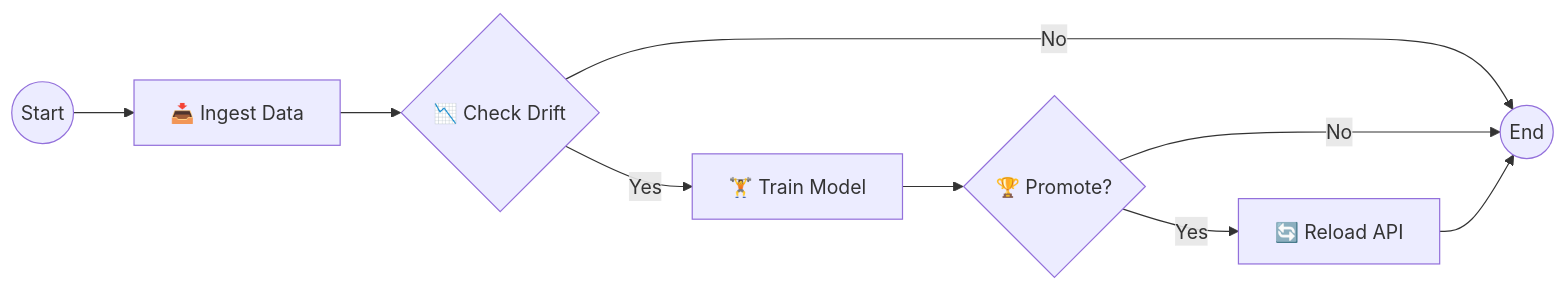
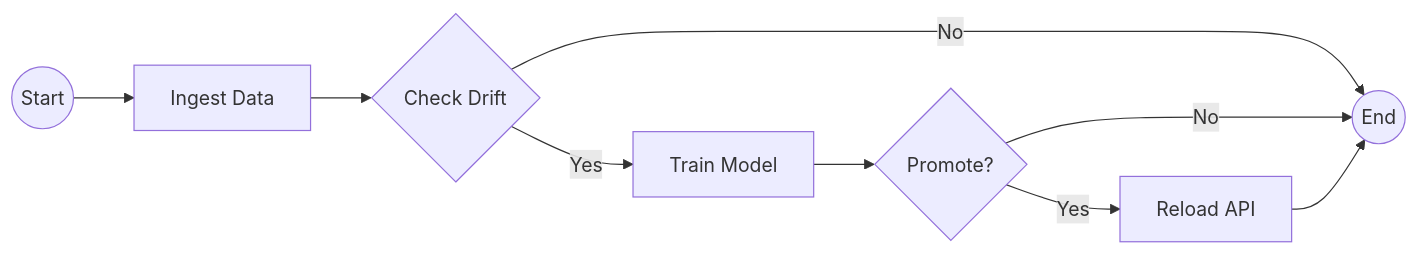
The second of 2 diagrams in README.md (davidm094/MLOPS_Proyecto_Final), drawn with Mermaid before and after one commit. The commit also changed other lines of this file and 6 other files, not shown here.

````diff
--- a/README.md
+++ b/README.md
@@ -144,14 +144,14 @@
 ```mermaid
 graph LR
-    Start((Start)) --> Ingest[📥 Ingest Data]
-    Ingest --> Drift{📉 Check Drift}
+    Start((Start)) --> Ingest[ Ingest Data]
+    Ingest --> Drift{ Check Drift}
     
-    Drift -->|Yes| Train[🏋️ Train Model]
+    Drift -->|Yes| Train[ Train Model]
     Drift -->|No| End((End))
     
-    Train --> Promote{🏆 Promote?}
-    Promote -->|Yes| Reload[🔄 Reload API]
+    Train --> Promote{ Promote?}
+    Promote -->|Yes| Reload[ Reload API]
     Promote -->|No| End
     
     Reload --> End
 ```
````
